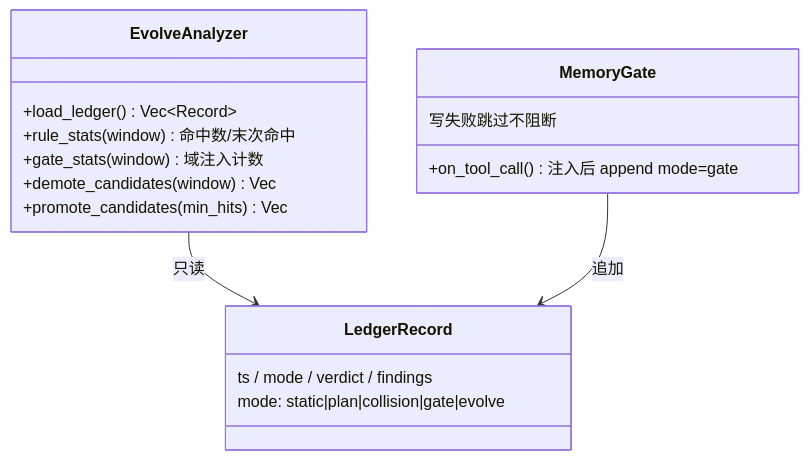
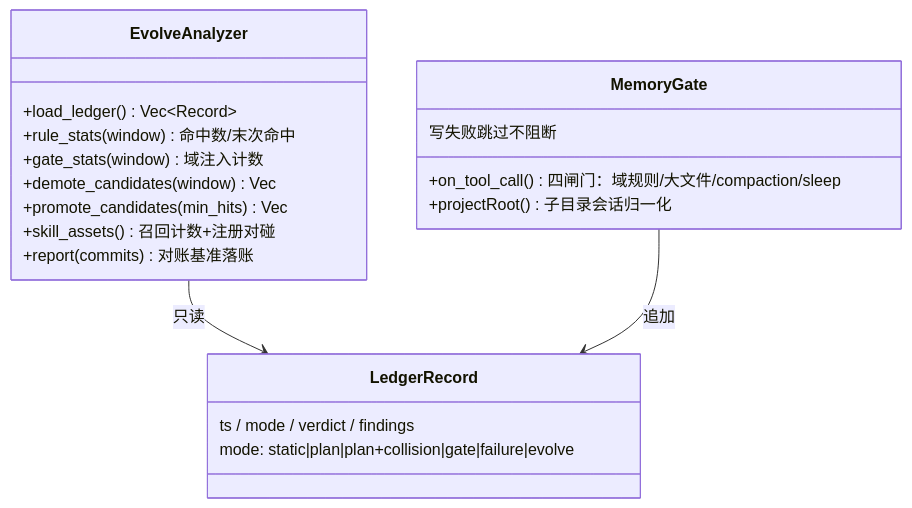
Before and after one commit to wenge6090-tech/bcp-kit: the second of 4 diagrams in README.md, drawn with Mermaid. The commit also changed other lines of this file and 1 other file, not shown here.

First line of the commit message:
docs: README 补全 sleep 机制 — 四图更新 + 闸门表 + 证据流同步（用户审查发现）

````diff
--- a/README.md
+++ b/README.md
@@ -192,20 +197,23 @@
 ```mermaid
 classDiagram
     class EvolveAnalyzer {
         +load_ledger() Vec~Record~
         +rule_stats(window) 命中数/末次命中
         +gate_stats(window) 域注入计数
         +demote_candidates(window) Vec
         +promote_candidates(min_hits) Vec
+        +skill_assets() 召回计数+注册对碰
+        +report(commits) 对账基准落账
     }
     class LedgerRecord {
         ts / mode / verdict / findings
-        mode: static|plan|collision|gate|evolve
+        mode: static|plan|plan+collision|gate|failure|evolve
     }
     class MemoryGate {
-        +on_tool_call() 注入后 append mode=gate
+        +on_tool_call() 四闸门：域规则/大文件/compaction/sleep
+        +projectRoot() 子目录会话归一化
         写失败跳过不阻断
     }
     EvolveAnalyzer --> LedgerRecord : 只读
     MemoryGate --> LedgerRecord : 追加
 ```
````
